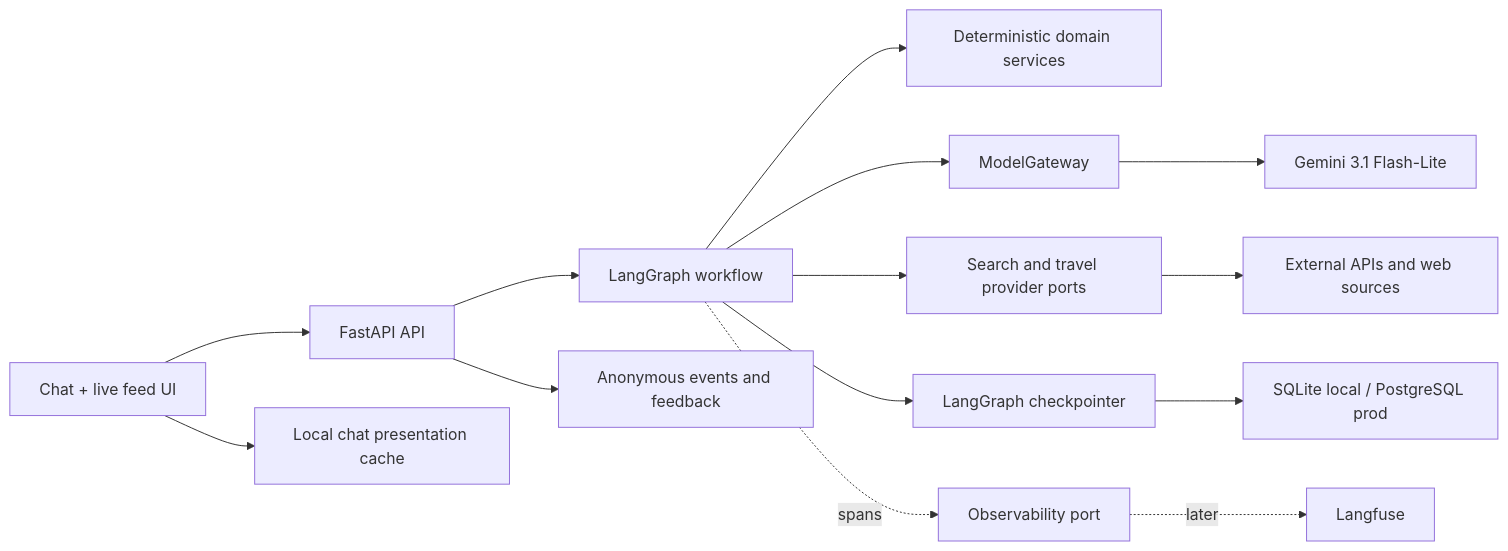
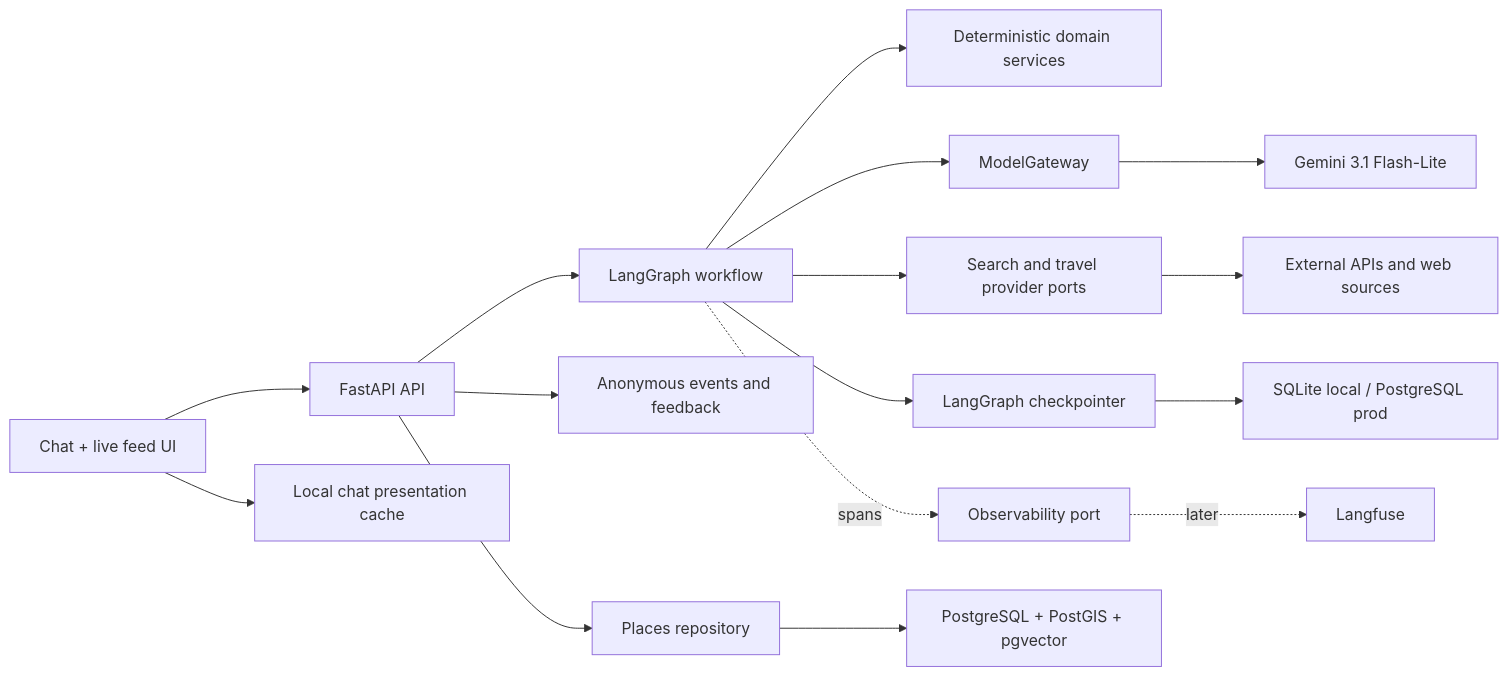
One commit to yaroslavlikh/travel-helper changed the first of 2 diagrams in docs/architecture.md. Above: the diagram before and after it, drawn with Mermaid. The commit also changed other lines of this file and 27 other files, not shown here.

````diff
--- a/docs/architecture.md
+++ b/docs/architecture.md
@@ -9,16 +9,18 @@
 ```mermaid
 flowchart LR
     UI["Chat + live feed UI"] --> API["FastAPI API"]
     UI --> LOCAL["Local chat presentation cache"]
     API --> GRAPH["LangGraph workflow"]
     GRAPH --> DOMAIN["Deterministic domain services"]
     GRAPH --> AI["ModelGateway"]
     GRAPH --> PROVIDERS["Search and travel provider ports"]
     GRAPH --> CP["LangGraph checkpointer"]
     API --> EVENTS["Anonymous events and feedback"]
+    API --> PLACES["Places repository"]
     GRAPH -. spans .-> OBS["Observability port"]
     AI --> LLM["Gemini 3.1 Flash-Lite"]
     PROVIDERS --> WEB["External APIs and web sources"]
     CP --> DB["SQLite local / PostgreSQL prod"]
+    PLACES --> PG["PostgreSQL + PostGIS + pgvector"]
     OBS -. later .-> LF["Langfuse"]
 ```
````
